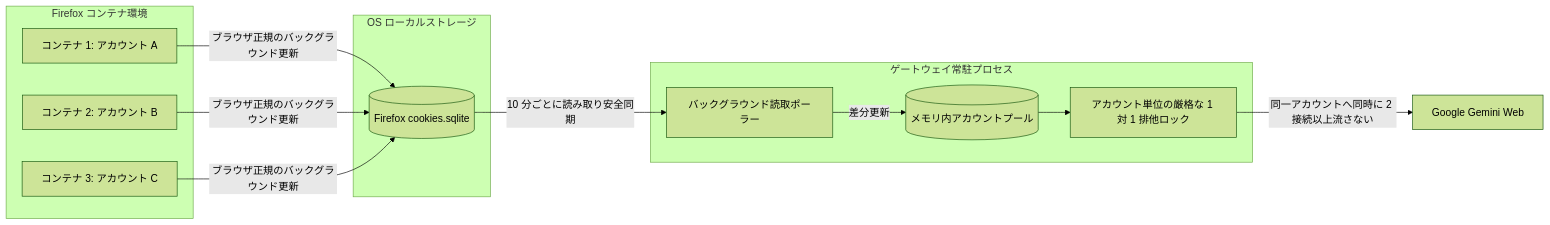
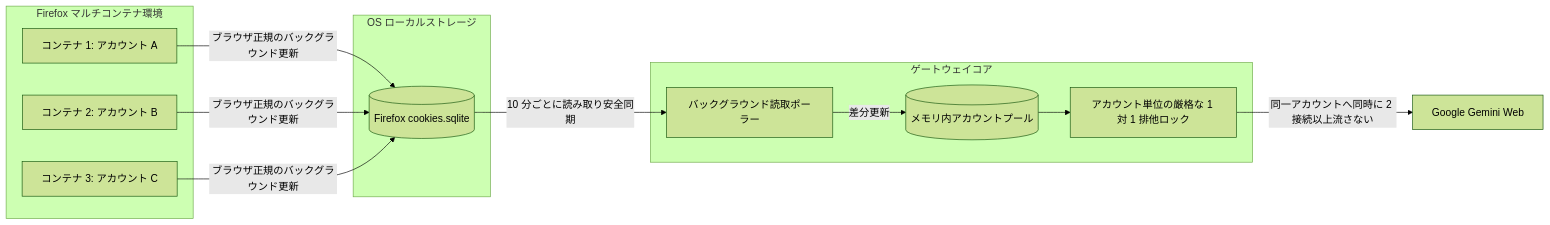
One commit to ab410010066-byte/gemini-free-api changed the second of 2 diagrams in README_JA.md. Above: the diagram before and after it, drawn with Mermaid (forest theme). The commit also changed other lines of this file and 3 other files, not shown here.

````diff
--- a/README_JA.md
+++ b/README_JA.md
@@ -79,27 +101,27 @@
 ```mermaid
 flowchart LR
-    subgraph Firefox コンテナ環境
+    subgraph Firefox マルチコンテナ環境
         C1[コンテナ 1: アカウント A]
         C2[コンテナ 2: アカウント B]
         C3[コンテナ 3: アカウント C]
     end
 
     subgraph OS ローカルストレージ
         SQLite[(Firefox cookies.sqlite)]
     end
 
-    subgraph ゲートウェイ常駐プロセス
+    subgraph ゲートウェイコア
         Poller[バックグラウンド読取ポーラー]
         Pool[(メモリ内アカウントプール)]
         InflightLock[アカウント単位の厳格な 1 対 1 排他ロック]
     end
 
     C1 -->|ブラウザ正規のバックグラウンド更新| SQLite
     C2 -->|ブラウザ正規のバックグラウンド更新| SQLite
     C3 -->|ブラウザ正規のバックグラウンド更新| SQLite
 
     SQLite -->|10 分ごとに読み取り安全同期| Poller
     Poller -->|差分更新| Pool
     Pool --> InflightLock
     InflightLock -->|同一アカウントへ同時に 2 接続以上流さない| Upstream[Google Gemini Web]
 ```
````
